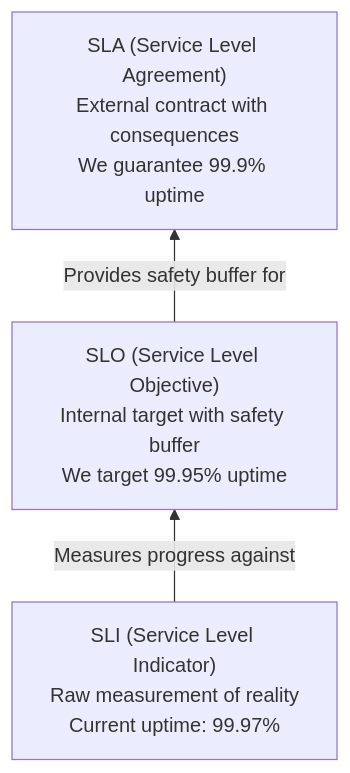
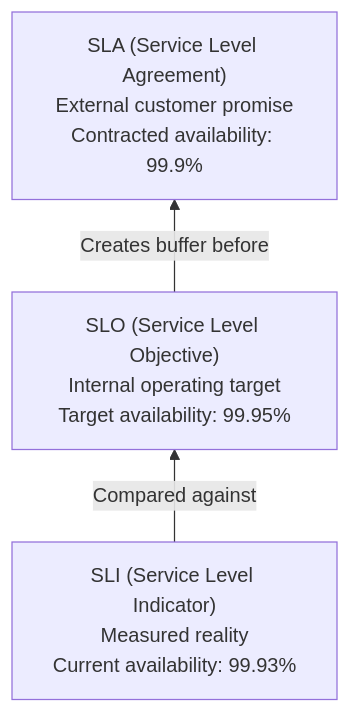
One commit to krisztiankoos/kubedojo changed the first of 2 diagrams in src/content/docs/platform/disciplines/core-platform/sre/module-1.2-slos.md. Above: the diagram before and after it, drawn with Mermaid. The commit also changed other lines of this file, not shown here.

````diff
--- a/src/content/docs/platform/disciplines/core-platform/sre/module-1.2-slos.md
+++ b/src/content/docs/platform/disciplines/core-platform/sre/module-1.2-slos.md
@@ -88,9 +55,9 @@
 ```mermaid
 flowchart BT
-    SLI["SLI (Service Level Indicator)<br/>Raw measurement of reality<br/>Current uptime: 99.97%"]
-    SLO["SLO (Service Level Objective)<br/>Internal target with safety buffer<br/>We target 99.95% uptime"]
-    SLA["SLA (Service Level Agreement)<br/>External contract with consequences<br/>We guarantee 99.9% uptime"]
+    SLI["SLI (Service Level Indicator)<br/>Measured reality<br/>Current availability: 99.93%"]
+    SLO["SLO (Service Level Objective)<br/>Internal operating target<br/>Target availability: 99.95%"]
+    SLA["SLA (Service Level Agreement)<br/>External customer promise<br/>Contracted availability: 99.9%"]
 
-    SLI -->|Measures progress against| SLO
-    SLO -->|Provides safety buffer for| SLA
+    SLI -->|Compared against| SLO
+    SLO -->|Creates buffer before| SLA
 ```
````
